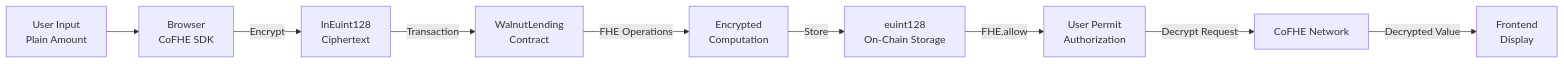
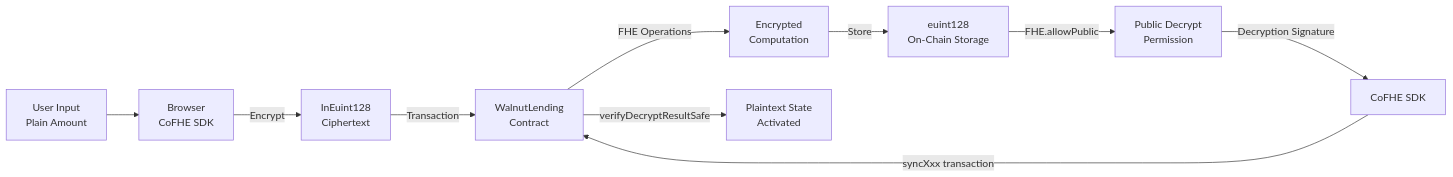
Before and after one commit to Iam-jayant/walnut: the second of 5 diagrams in public/docs/architecture.md, drawn with Mermaid. The commit also changed other lines of this file and 5 other files, not shown here.

Commit message:
Update architecture documentation with client-driven decryption sync pattern

````diff
--- a/public/docs/architecture.md
+++ b/public/docs/architecture.md
@@ -58,11 +56,12 @@
 ```mermaid
 flowchart LR
     User[User Input<br/>Plain Amount] --> Browser[Browser<br/>CoFHE SDK]
     Browser -->|Encrypt| Cipher[InEuint128<br/>Ciphertext]
     Cipher -->|Transaction| Contract[WalnutLending<br/>Contract]
     Contract -->|FHE Operations| Compute[Encrypted<br/>Computation]
     Compute -->|Store| Storage[euint128<br/>On-Chain Storage]
-    Storage -->|FHE.allow| Permit[User Permit<br/>Authorization]
-    Permit -->|Decrypt Request| CoFHE[CoFHE Network]
-    CoFHE -->|Decrypted Value| Display[Frontend<br/>Display]
+    Storage -->|FHE.allowPublic| Permit[Public Decrypt<br/>Permission]
+    Permit -->|Decryption Signature| SDK[CoFHE SDK]
+    SDK -->|syncXxx transaction| Contract
+    Contract -->|verifyDecryptResultSafe| Display[Plaintext State<br/>Activated]
 ```
````
